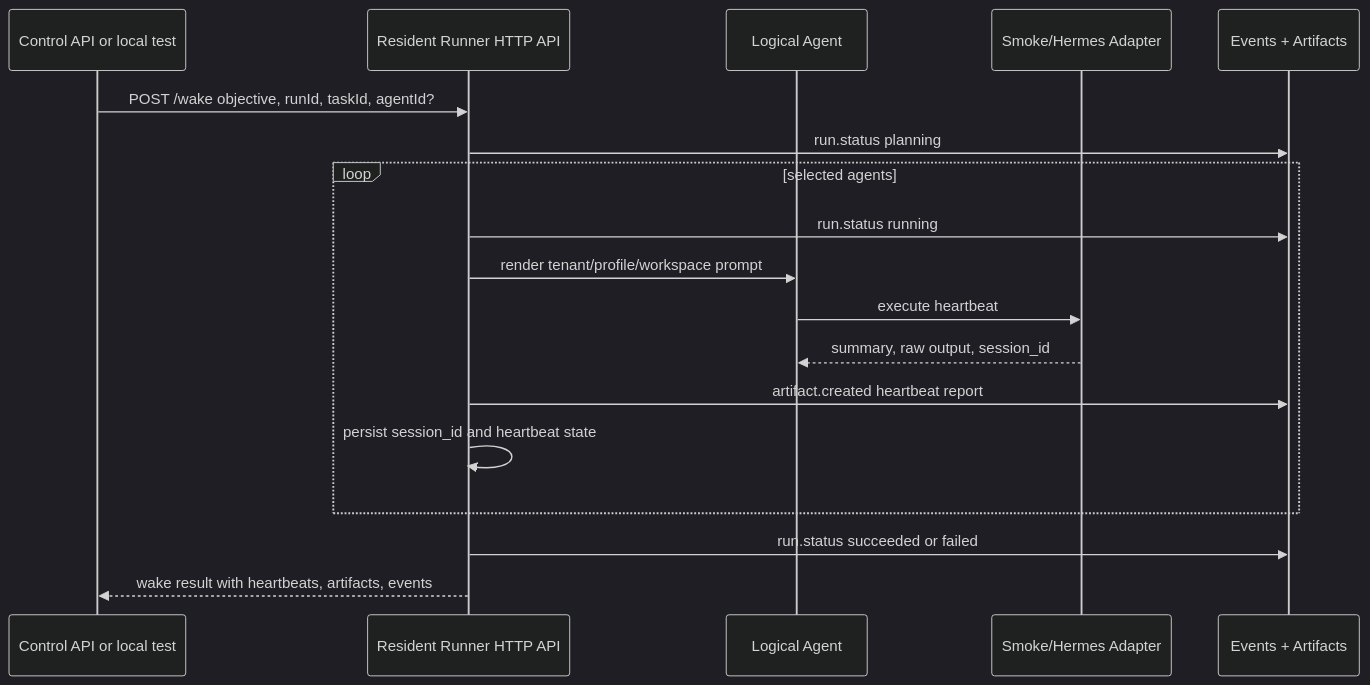
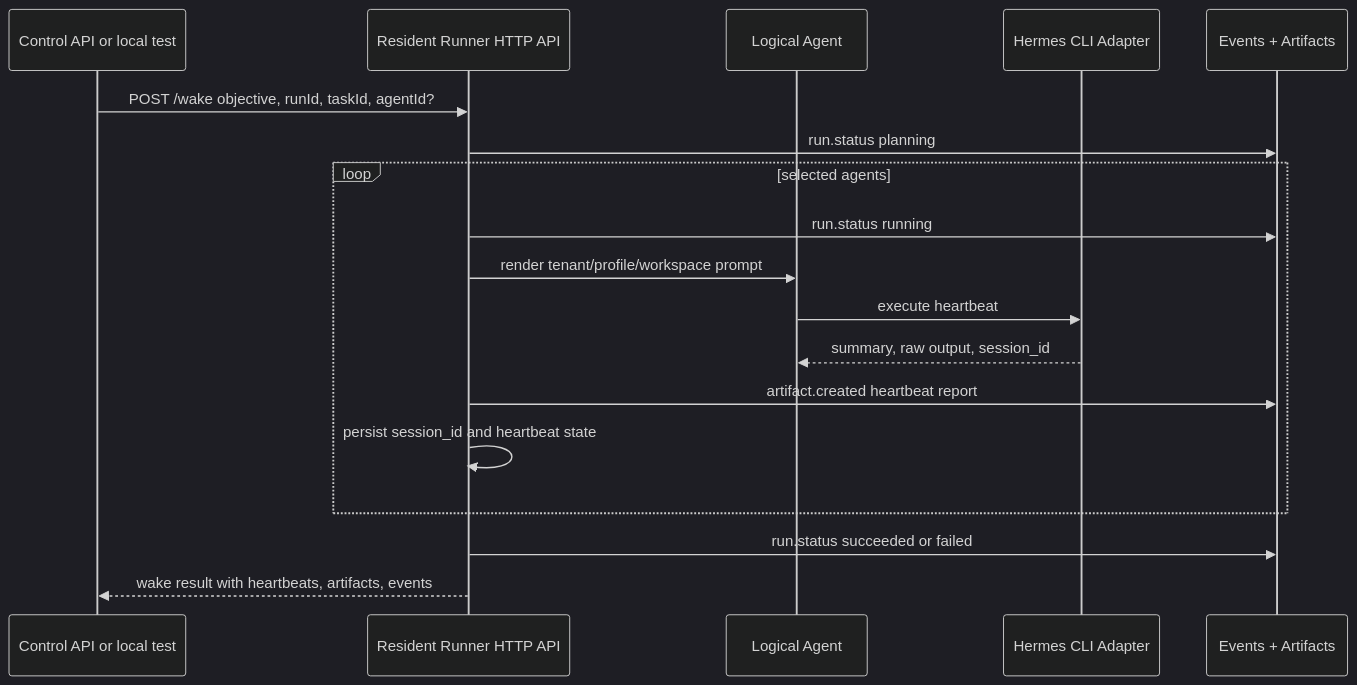
Before and after one commit to Dakota-AI/hackathon-5-8-26: the diagram in docs/agent-workstreams/agent-harness/RESIDENT_ECS_CONTAINER.md, drawn with Mermaid (dark theme). The commit also changed other lines of this file and 12 other files, not shown here.

Commit message:
Run resident runner with real Hermes CLI

````diff
--- a/docs/agent-workstreams/agent-harness/RESIDENT_ECS_CONTAINER.md
+++ b/docs/agent-workstreams/agent-harness/RESIDENT_ECS_CONTAINER.md
@@ -157,21 +165,21 @@
 ```mermaid
 sequenceDiagram
   participant API as Control API or local test
   participant Runner as Resident Runner HTTP API
   participant Agent as Logical Agent
-  participant Adapter as Smoke/Hermes Adapter
+  participant Adapter as Hermes CLI Adapter
   participant Ledger as Events + Artifacts
 
   API->>Runner: POST /wake objective, runId, taskId, agentId?
   Runner->>Ledger: run.status planning
   loop selected agents
     Runner->>Ledger: run.status running
     Runner->>Agent: render tenant/profile/workspace prompt
     Agent->>Adapter: execute heartbeat
     Adapter-->>Agent: summary, raw output, session_id
     Runner->>Ledger: artifact.created heartbeat report
     Runner->>Runner: persist session_id and heartbeat state
   end
   Runner->>Ledger: run.status succeeded or failed
   Runner-->>API: wake result with heartbeats, artifacts, events
 ```
````
